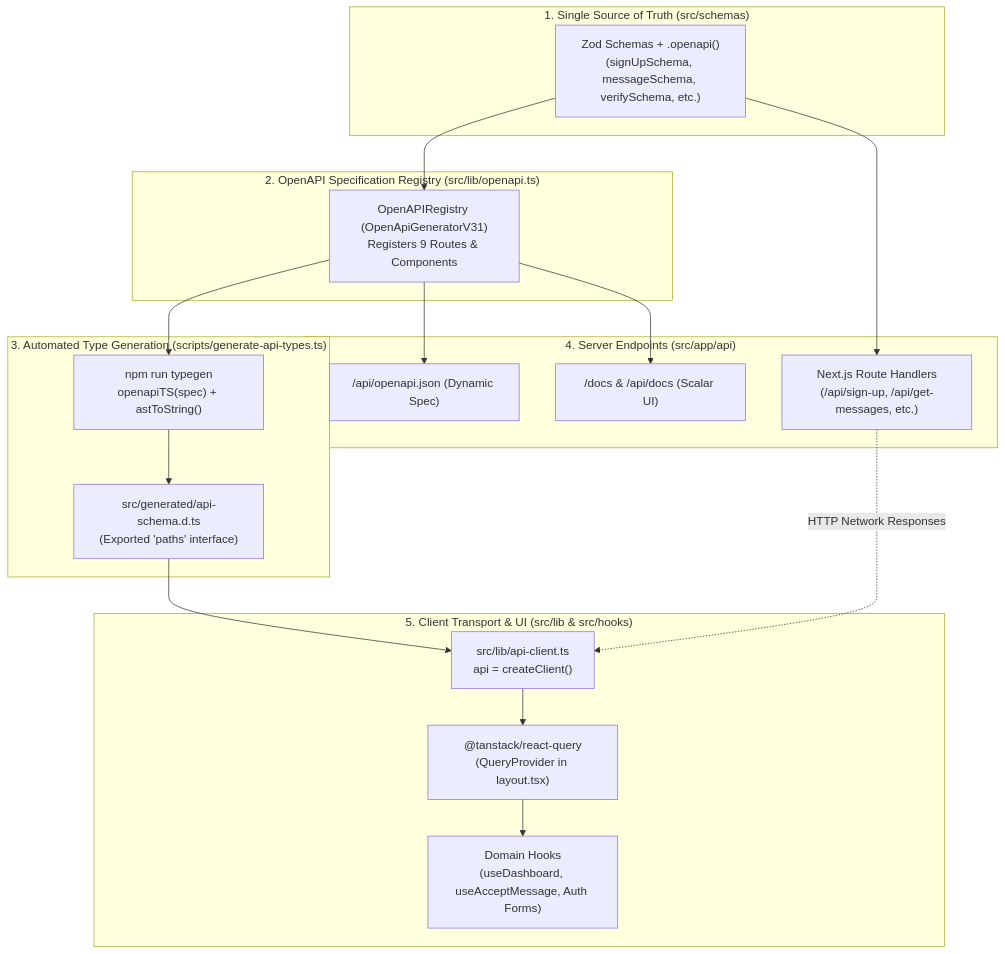
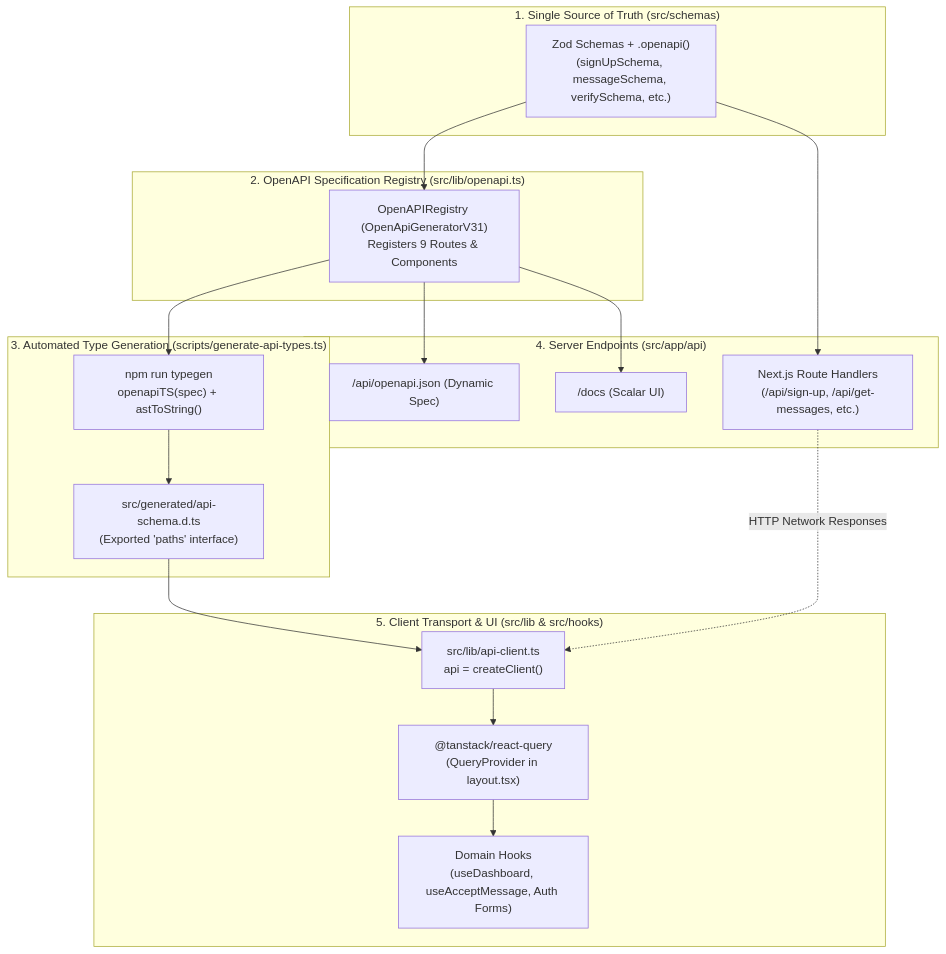
Before and after one commit to Abbas4tech/GhostMsg: the diagram in docs/api-architecture.md, drawn with Mermaid. The commit also changed other lines of this file and 5 other files, not shown here.

Commit message:
docs: add API reference, architecture guides, and type-safe ADR for OpenAPI and Scalar integration

````diff
--- a/docs/api-architecture.md
+++ b/docs/api-architecture.md
@@ -19,35 +19,35 @@
 ```mermaid
 flowchart TD
     subgraph SSoT["1. Single Source of Truth (src/schemas)"]
         ZOD["Zod Schemas + .openapi()\n(signUpSchema, messageSchema, verifySchema, etc.)"]
     end
 
     subgraph Registry["2. OpenAPI Specification Registry (src/lib/openapi.ts)"]
         REG["OpenAPIRegistry (OpenApiGeneratorV31)\nRegisters 9 Routes & Components"]
     end
 
     subgraph TypeGen["3. Automated Type Generation (scripts/generate-api-types.ts)"]
         SCRIPT["npm run typegen\nopenapiTS(spec) + astToString()"]
         DTS["src/generated/api-schema.d.ts\n(Exported 'paths' interface)"]
     end
 
     subgraph Server["4. Server Endpoints (src/app/api)"]
         JSON["/api/openapi.json (Dynamic Spec)"]
-        SCALAR["/docs & /api/docs (Scalar UI)"]
+        SCALAR["/docs (Scalar UI)"]
         ROUTES["Next.js Route Handlers\n(/api/sign-up, /api/get-messages, etc.)"]
     end
 
     subgraph Client["5. Client Transport & UI (src/lib & src/hooks)"]
         SDK["src/lib/api-client.ts\napi = createClient<paths>()"]
         RQ["@tanstack/react-query\n(QueryProvider in layout.tsx)"]
         HOOKS["Domain Hooks\n(useDashboard, useAcceptMessage, Auth Forms)"]
     end
 
     ZOD --> REG
     REG --> JSON & SCALAR & SCRIPT
     SCRIPT --> DTS
     DTS --> SDK
     ZOD --> ROUTES
     ROUTES -.->|HTTP Network Responses| SDK
     SDK --> RQ --> HOOKS
 ```
````
